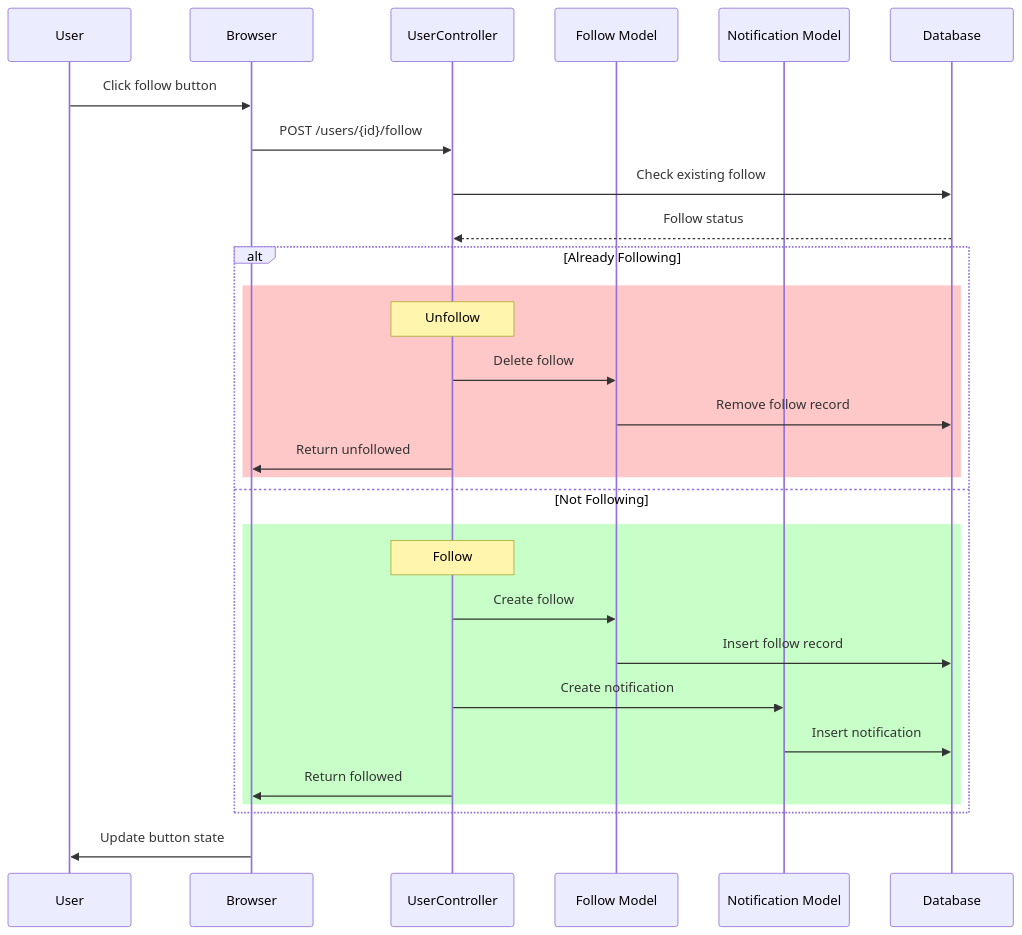
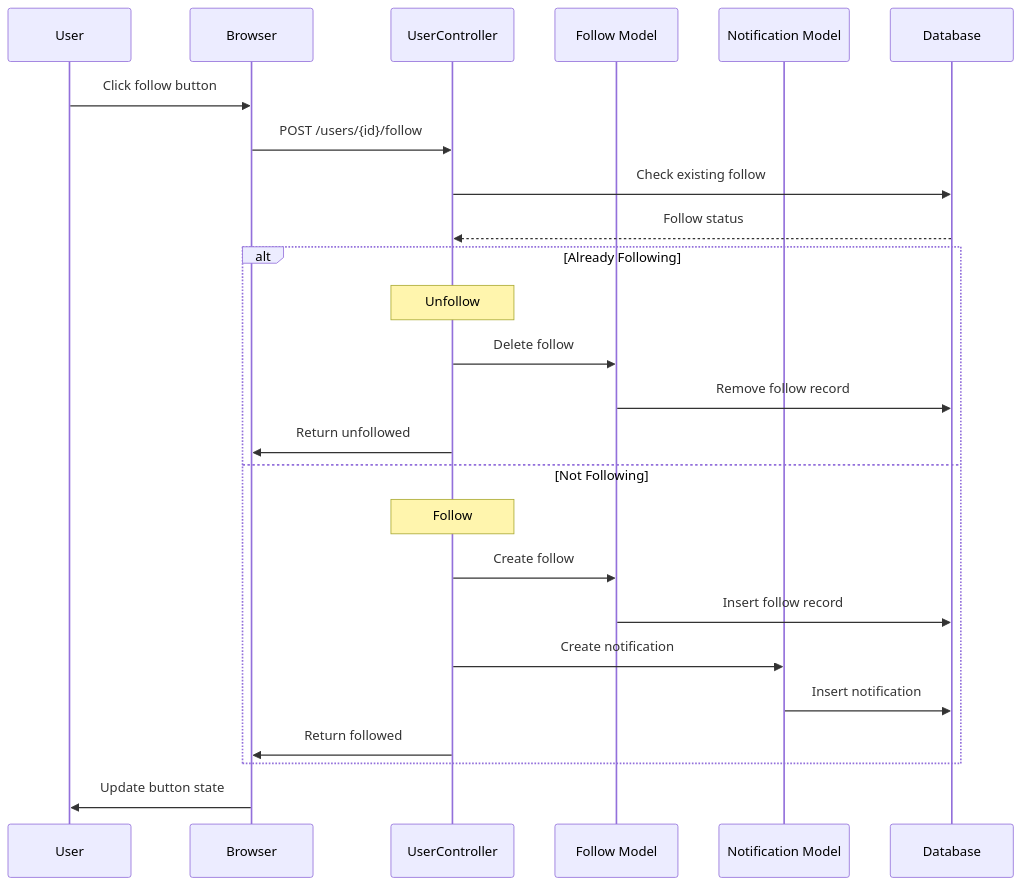
One commit to vd120/laravel_project changed the ninth of 28 diagrams in UML.md. Above: the diagram before and after it, drawn with Mermaid. The commit also changed other lines of this file, not shown here.

````diff
--- a/UML.md
+++ b/UML.md
@@ -1167,35 +871,31 @@
 ```mermaid
 sequenceDiagram
     participant U as User
     participant B as Browser
     participant UC as UserController
     participant FollowM as Follow Model
     participant NotifM as Notification Model
     participant DB as Database
 
     U->>B: Click follow button
     B->>UC: POST /users/{id}/follow
 
     UC->>DB: Check existing follow
     DB-->>UC: Follow status
 
     alt Already Following
-        rect rgb(255, 200, 200)
-            Note over UC: Unfollow
-            UC->>FollowM: Delete follow
-            FollowM->>DB: Remove follow record
-            UC->>B: Return unfollowed
-        end
+        Note over UC: Unfollow
+        UC->>FollowM: Delete follow
+        FollowM->>DB: Remove follow record
+        UC->>B: Return unfollowed
     else Not Following
-        rect rgb(200, 255, 200)
-            Note over UC: Follow
-            UC->>FollowM: Create follow
-            FollowM->>DB: Insert follow record
-            UC->>NotifM: Create notification
-            NotifM->>DB: Insert notification
-            UC->>B: Return followed
-        end
+        Note over UC: Follow
+        UC->>FollowM: Create follow
+        FollowM->>DB: Insert follow record
+        UC->>NotifM: Create notification
+        NotifM->>DB: Insert notification
+        UC->>B: Return followed
     end
 
     B->>U: Update button state
 ```
````
